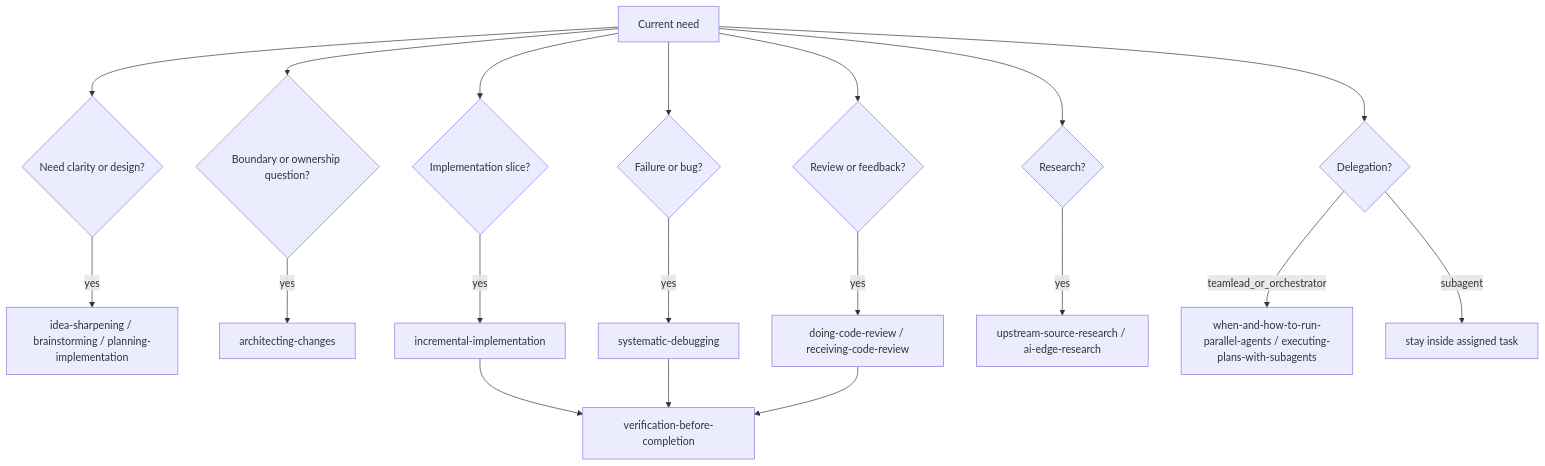
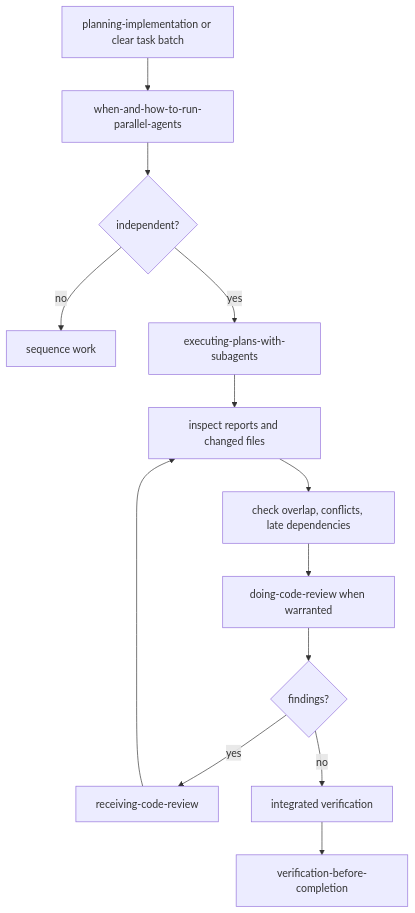
One commit to quick-brown-foxxx/myai changed diagram 12 of 12 in skills/using-my-skills/SKILL.md. Above: the diagram before and after it, drawn with Mermaid. The commit also changed other lines of this file, not shown here.

````diff
--- a/skills/using-my-skills/SKILL.md
+++ b/skills/using-my-skills/SKILL.md
@@ -159,28 +320,15 @@
 ```mermaid
 flowchart TD
-  A[Current need] --> B{Need clarity or design?}
-  B -- yes --> C[idea-sharpening / brainstorming / planning-implementation]
-
-  A --> D{Boundary or ownership question?}
-  D -- yes --> E[architecting-changes]
-
-  A --> F{Implementation slice?}
-  F -- yes --> G[incremental-implementation]
-
-  A --> H{Failure or bug?}
-  H -- yes --> I[systematic-debugging]
-
-  A --> J{Review or feedback?}
-  J -- yes --> K[doing-code-review / receiving-code-review]
-
-  A --> L{Research?}
-  L -- yes --> M[upstream-source-research / ai-edge-research]
-
-  A --> N{Delegation?}
-  N -- teamlead_or_orchestrator --> O[when-and-how-to-run-parallel-agents / executing-plans-with-subagents]
-  N -- subagent --> P[stay inside assigned task]
-
-  G --> Q[verification-before-completion]
-  I --> Q
-  K --> Q
+  A[planning-implementation or clear task batch] --> B[when-and-how-to-run-parallel-agents]
+  B --> C{independent?}
+  C -- no --> D[sequence work]
+  C -- yes --> E[executing-plans-with-subagents]
+  E --> F[inspect reports and changed files]
+  F --> G[check overlap, conflicts, late dependencies]
+  G --> H[doing-code-review when warranted]
+  H --> I{findings?}
+  I -- yes --> J[receiving-code-review]
+  J --> F
+  I -- no --> K[integrated verification]
+  K --> L[verification-before-completion]
 ```
````
